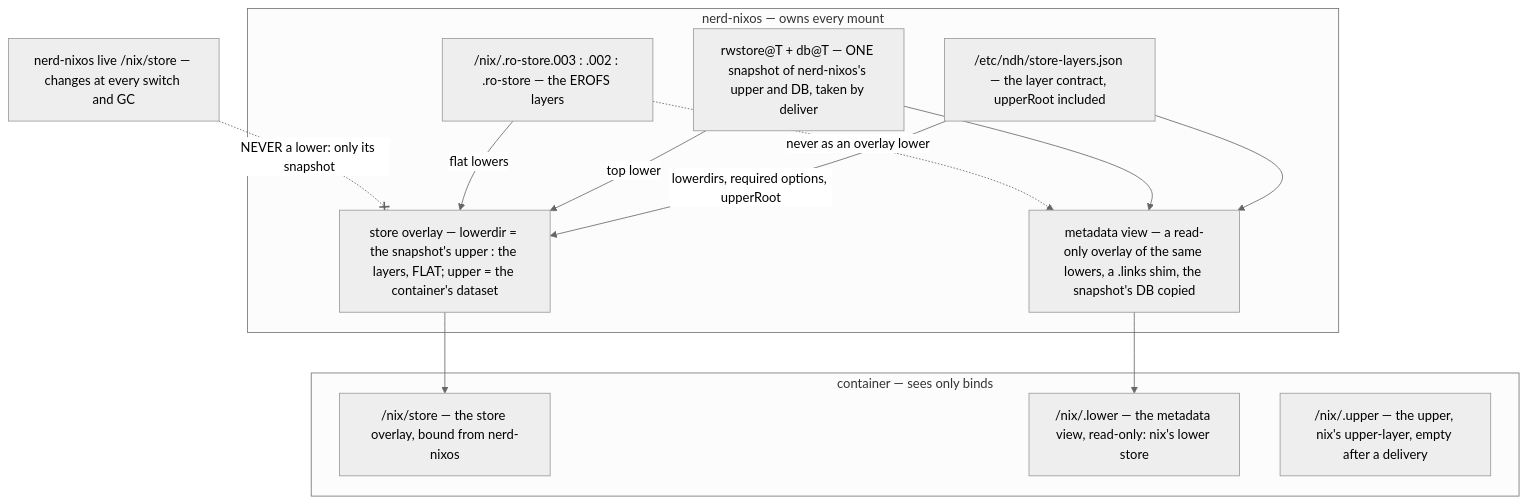
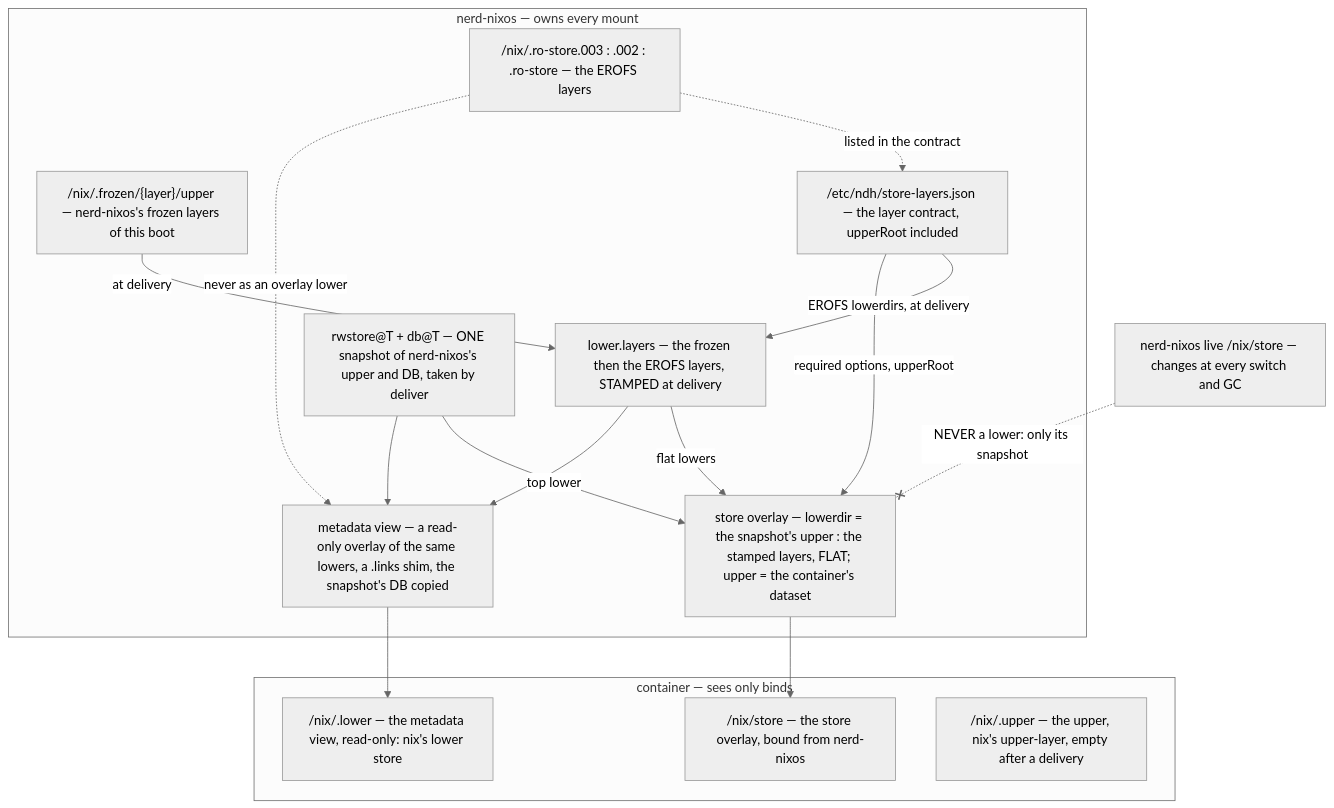
The seventh of 12 diagrams in docs/private-binary-cache-spec.adoc (seedmatic/ndh), drawn with Mermaid (neutral theme) before and after one commit. The commit also changed other lines of this file and 6 other files, not shown here.

First line of the commit message:
feat(store-freeze): the containers' side — stamped layers, GC roots, a pre-start hook, and confirm guarding them

```diff
--- a/docs/private-binary-cache-spec.adoc
+++ b/docs/private-binary-cache-spec.adoc
@@ -1175,26 +1175,31 @@
 [mermaid]
 ....
 flowchart TB
   subgraph C["container — sees only binds"]
     S["/nix/store — the store overlay, bound from nerd-nixos"]
     M["/nix/.lower — the metadata view, read-only: nix's lower store"]
     U["/nix/.upper — the upper, nix's upper-layer, empty after a delivery"]
   end
   subgraph N["nerd-nixos — owns every mount"]
     E["/nix/.ro-store.003 : .002 : .ro-store — the EROFS layers"]
+    F["/nix/.frozen/{layer}/upper — nerd-nixos's frozen layers of this boot"]
     J["/etc/ndh/store-layers.json — the layer contract, upperRoot included"]
+    L["lower.layers — the frozen then the EROFS layers, STAMPED at delivery"]
     Z["rwstore@T + db@T — ONE snapshot of nerd-nixos's upper and DB, taken by deliver"]
-    O["store overlay — lowerdir = the snapshot's upper : the layers, FLAT; upper = the container's dataset"]
+    O["store overlay — lowerdir = the snapshot's upper : the stamped layers, FLAT; upper = the container's dataset"]
     V["metadata view — a read-only overlay of the same lowers, a .links shim, the snapshot's DB copied"]
   end
-  J -- "lowerdirs, required options, upperRoot" --> O
-  J --> V
+  F -- "at delivery" --> L
+  J -- "EROFS lowerdirs, at delivery" --> L
+  J -- "required options, upperRoot" --> O
+  L -- "flat lowers" --> O
+  L --> V
   Z -- "top lower" --> O
-  E -- "flat lowers" --> O
   Z --> V
+  E -. "listed in the contract" .-> J
   E -. "never as an overlay lower" .-> V
   O --> S
   V --> M
   X["nerd-nixos live /nix/store — changes at every switch and GC"]
   X -. "NEVER a lower: only its snapshot" .-x O
 ....
```
